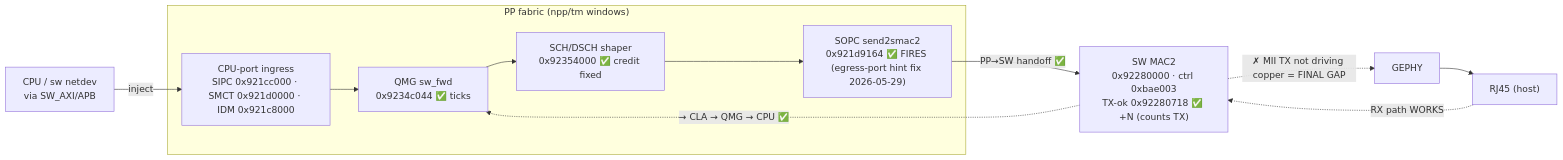
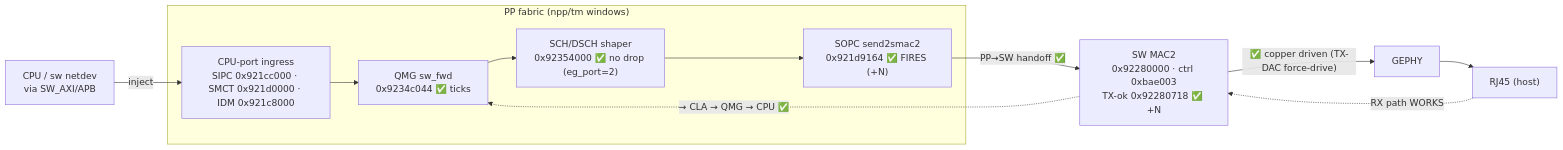
One commit to isasmendiagus/zte-re-h3600 changed the second of 6 diagrams in tasks/00.10.02.re-stock-kmods/findings/DATASHEET.md. Above: the diagram before and after it, drawn with Mermaid. The commit also changed other lines of this file, not shown here.

First line of the commit message:
datasheet: CPU->LAN TX egress SOLVED — egress-port + TX-DAC; retract misdiagnoses

````diff
--- a/tasks/00.10.02.re-stock-kmods/findings/DATASHEET.md
+++ b/tasks/00.10.02.re-stock-kmods/findings/DATASHEET.md
@@ -115,12 +115,12 @@
 ```mermaid
 flowchart LR
   CPU["CPU / sw netdev<br/>via SW_AXI/APB"] -->|inject| ING["CPU-port ingress<br/>SIPC 0x921cc000 · SMCT 0x921d0000 · IDM 0x921c8000"]
   subgraph PPF["PP fabric (npp/tm windows)"]
     ING --> QMG["QMG sw_fwd<br/>0x9234c044 ✅ ticks"]
-    QMG --> DSCH["SCH/DSCH shaper<br/>0x92354000 ✅ credit fixed"]
-    DSCH --> SOPC["SOPC send2smac2<br/>0x921d9164 ✅ FIRES (egress-port hint fix 2026-05-29)"]
+    QMG --> DSCH["SCH/DSCH shaper<br/>0x92354000 ✅ no drop (eg_port=2)"]
+    DSCH --> SOPC["SOPC send2smac2<br/>0x921d9164 ✅ FIRES (+N)"]
   end
-  SOPC -->|"PP→SW handoff ✅"| MAC2["SW MAC2<br/>0x92280000 · ctrl 0xbae003<br/>TX-ok 0x92280718 ✅ +N (counts TX)"]
-  MAC2 -. "✗ MII TX not driving copper = FINAL GAP" .-> PHY["GEPHY"] --> RJ["RJ45 (host)"]
+  SOPC -->|"PP→SW handoff ✅"| MAC2["SW MAC2<br/>0x92280000 · ctrl 0xbae003<br/>TX-ok 0x92280718 ✅ +N"]
+  MAC2 -- "✅ copper driven (TX-DAC force-drive)" --> PHY["GEPHY"] --> RJ["RJ45 (host)"]
   RJ -. "RX path WORKS" .-> MAC2 -. "→ CLA → QMG → CPU ✅" .-> QMG
 ```
````
